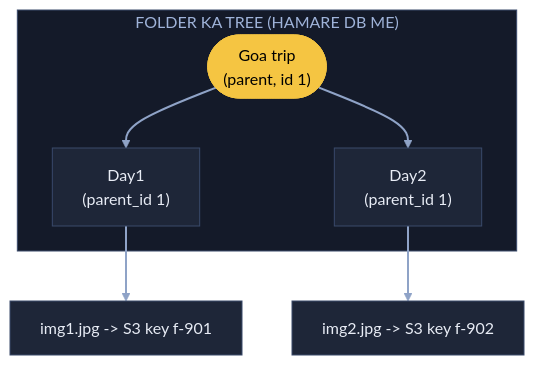
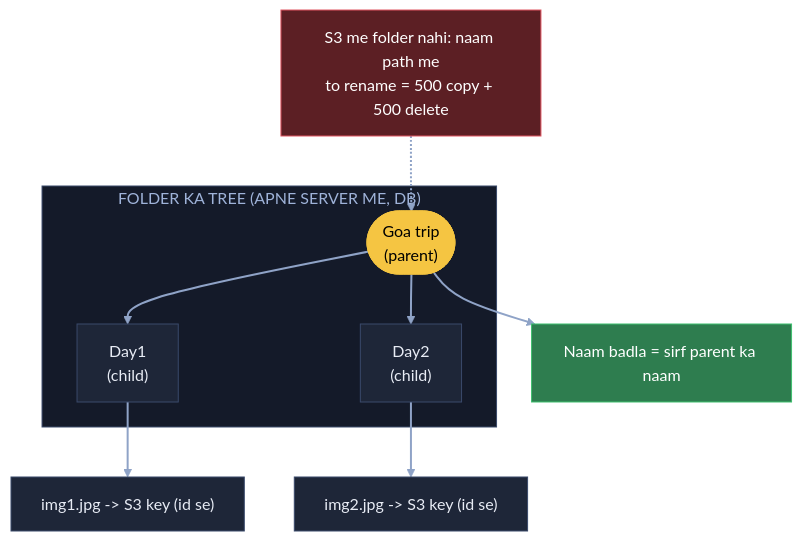
Before and after one commit to ArpanMaheshwari144/Prep: the fifth of 8 diagrams in 04_HLD/SYSTEM_DESIGNS/07_file_upload_validate_system/07_file_upload.md, drawn with Mermaid (base theme). The commit also changed other lines of this file, not shown here.

Commit message:
File upload: 8 diagram hand notes ke shabdon se; core me 7 nahi (notes jaisa), 'kiski hai', K3 apni jodi line hatai

````diff
--- a/04_HLD/SYSTEM_DESIGNS/07_file_upload_validate_system/07_file_upload.md
+++ b/04_HLD/SYSTEM_DESIGNS/07_file_upload_validate_system/07_file_upload.md
@@ -188,20 +189,24 @@
 ```mermaid
 flowchart TB
-    subgraph PD["FOLDER KA TREE (HAMARE DB ME)"]
-        G(["Goa trip<br/>(parent, id 1)"]):::pill
-        D1["Day1<br/>(parent_id 1)"]:::card
-        D2["Day2<br/>(parent_id 1)"]:::card
+    X["S3 me folder nahi: naam path me<br/>to rename = 500 copy + 500 delete"]:::bad
+    subgraph TR["FOLDER KA TREE (APNE SERVER ME, DB)"]
+        G(["Goa trip<br/>(parent)"]):::pill
+        D1["Day1<br/>(child)"]:::card
+        D2["Day2<br/>(child)"]:::card
     end
-    F1["img1.jpg -> S3 key f-901"]:::card
-    F2["img2.jpg -> S3 key f-902"]:::card
+    F1["img1.jpg -> S3 key (id se)"]:::card
+    F2["img2.jpg -> S3 key (id se)"]:::card
+    OK["Naam badla = sirf parent ka naam"]:::good
+    X -.-> G
     G --> D1
     G --> D2
     D1 --> F1
     D2 --> F2
+    G --> OK
     linkStyle default stroke:#8fa3c7,stroke-width:2px
     classDef card fill:#1e2638,stroke:#3a4a6b,color:#e8ecf5
     classDef pill fill:#f5c542,stroke:#f5c542,color:#000
     classDef good fill:#2e7d4f,stroke:#3fbf6f,color:#fff
     classDef bad fill:#5c1f24,stroke:#e05561,color:#fff
-    style PD fill:#141a29,stroke:#3a4a6b,color:#9fb3d9
+    style TR fill:#141a29,stroke:#3a4a6b,color:#9fb3d9
 ```
````
